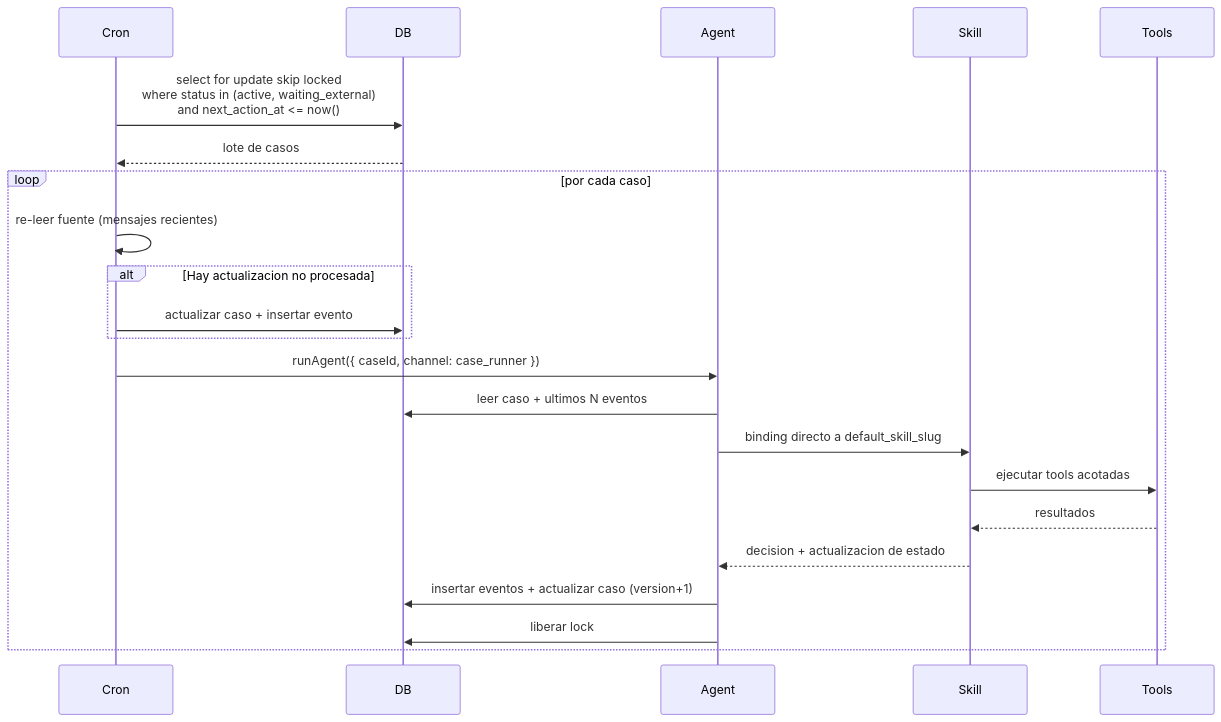
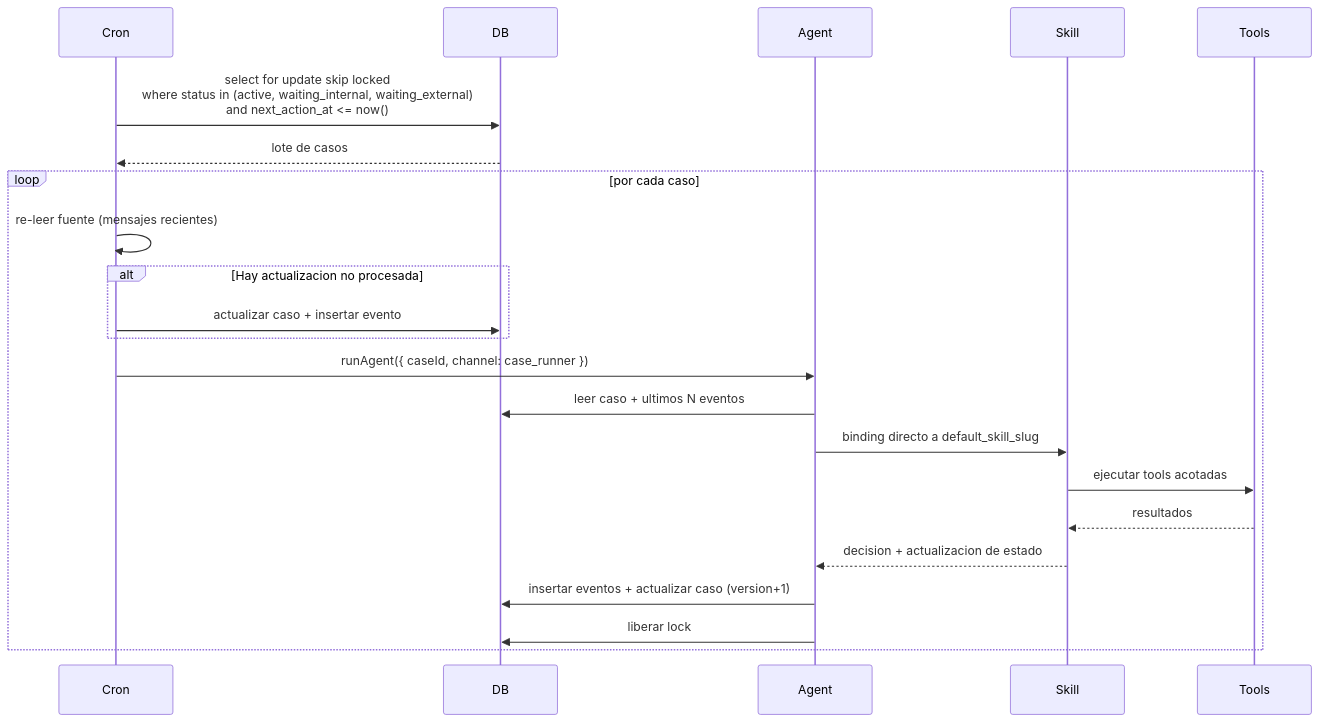
One commit to janotowers/10x-builders-agent changed the third of 7 diagrams in docs/operational-cases/architecture.md. Above: the diagram before and after it, drawn with Mermaid. The commit also changed other lines of this file and 40 other files, not shown here.

````diff
--- a/docs/operational-cases/architecture.md
+++ b/docs/operational-cases/architecture.md
@@ -89,25 +93,25 @@
 ```mermaid
 sequenceDiagram
   participant Cron
   participant DB
   participant Agent
   participant Skill
   participant Tools
 
-  Cron->>DB: select for update skip locked<br/>where status in (active, waiting_external)<br/>and next_action_at <= now()
+  Cron->>DB: select for update skip locked<br/>where status in (active, waiting_internal, waiting_external)<br/>and next_action_at <= now()
   DB-->>Cron: lote de casos
   loop por cada caso
     Cron->>Cron: re-leer fuente (mensajes recientes)
     alt Hay actualizacion no procesada
       Cron->>DB: actualizar caso + insertar evento
     end
     Cron->>Agent: runAgent({ caseId, channel: case_runner })
     Agent->>DB: leer caso + ultimos N eventos
     Agent->>Skill: binding directo a default_skill_slug
     Skill->>Tools: ejecutar tools acotadas
     Tools-->>Skill: resultados
     Skill-->>Agent: decision + actualizacion de estado
     Agent->>DB: insertar eventos + actualizar caso (version+1)
     Agent->>DB: liberar lock
   end
 ```
````
